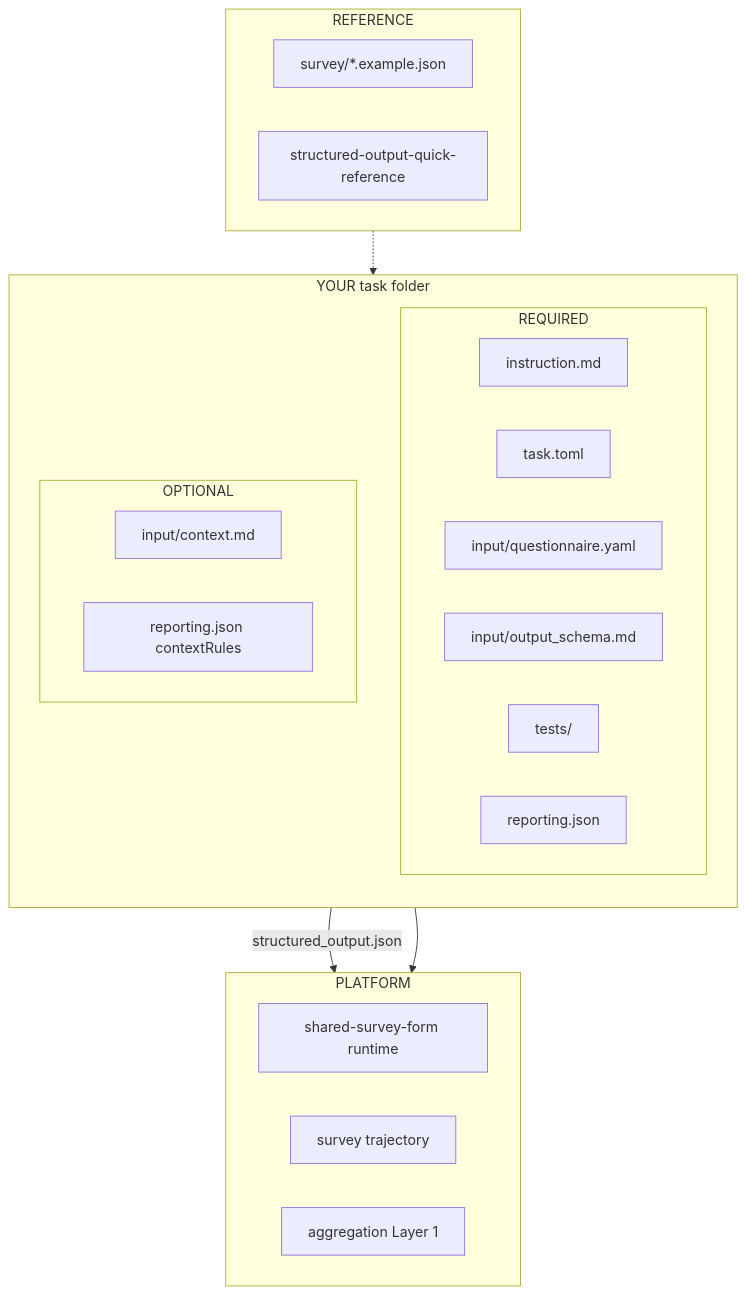
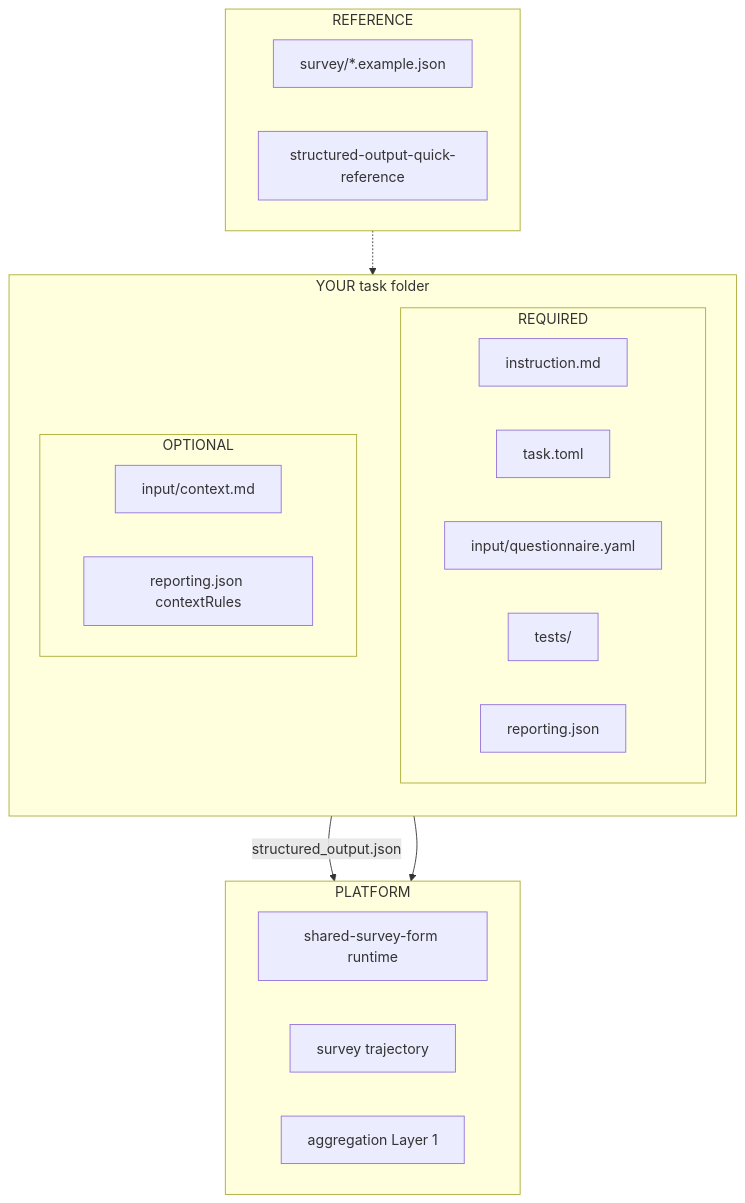
Before and after one commit to SakshamKapoor2911/MatrAIx: the diagram in application/task-spec/survey/README.md, drawn with Mermaid. The commit also changed other lines of this file and 39 other files, not shown here.

````diff
--- a/application/task-spec/survey/README.md
+++ b/application/task-spec/survey/README.md
@@ -12,34 +12,33 @@
 ```mermaid
 flowchart TB
   subgraph folder ["YOUR task folder"]
     direction TB
     subgraph S_REQ ["REQUIRED"]
       direction LR
       s_inst["instruction.md"]
       s_toml["task.toml"]
       s_q["input/questionnaire.yaml"]
-      s_out["input/output_schema.md"]
       s_test["tests/"]
       s_rep["reporting.json"]
     end
     subgraph S_OPT ["OPTIONAL"]
       direction LR
       s_ctx["input/context.md"]
       s_rep2["reporting.json contextRules"]
     end
   end
   subgraph S_PLAT ["PLATFORM"]
     direction LR
     s_rt["shared-survey-form runtime"]
     s_traj["survey trajectory"]
     s_agg["aggregation Layer 1"]
   end
   subgraph S_REF ["REFERENCE"]
     direction LR
     s_ex["survey/*.example.json"]
     s_cheat["structured-output-quick-reference"]
   end
   S_REQ --> S_PLAT
   s_test -->|"structured_output.json"| s_agg
   S_REF -.-> folder
 ```
````
